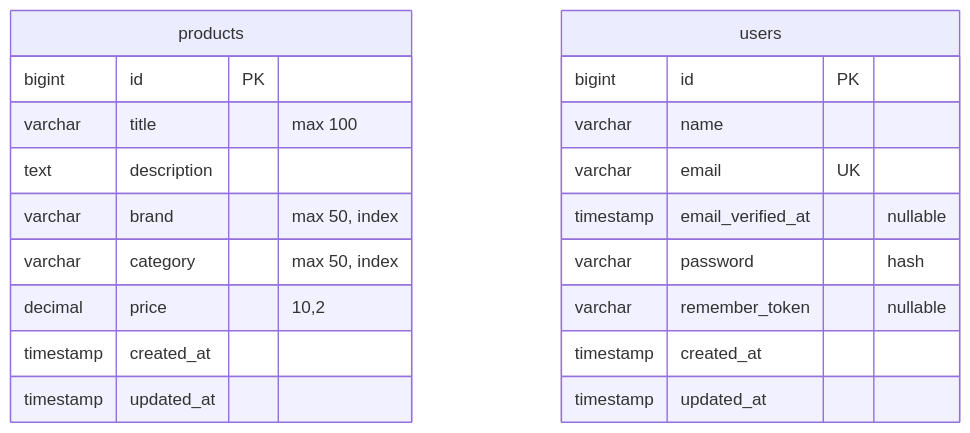
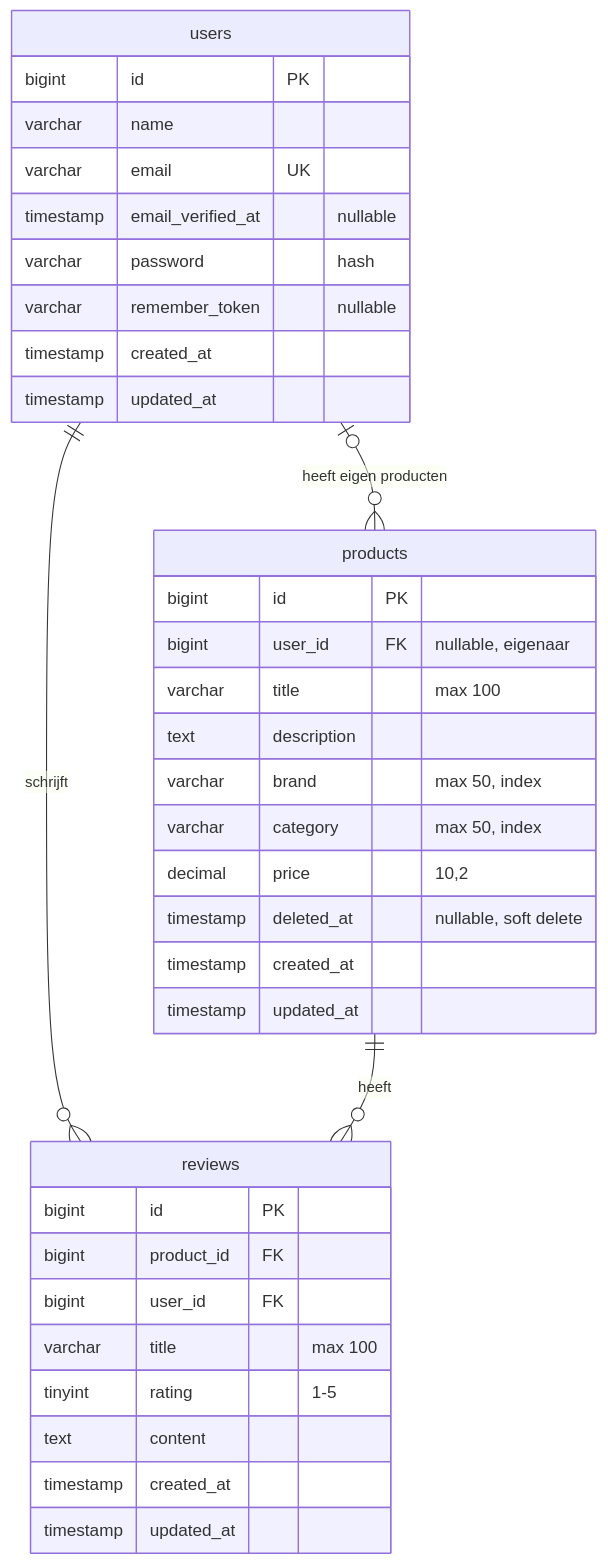
Before and after one commit to TrevinoRizkySunarja/PRG5V2: the diagram in README.md, drawn with Mermaid. The commit also changed other lines of this file and 19 other files, not shown here.

````diff
--- a/README.md
+++ b/README.md
@@ -91,23 +102,38 @@
 ```mermaid
 erDiagram
     products {
         bigint id PK
+        bigint user_id FK "nullable, eigenaar"
         varchar title "max 100"
         text description
         varchar brand "max 50, index"
         varchar category "max 50, index"
         decimal price "10,2"
+        timestamp deleted_at "nullable, soft delete"
+        timestamp created_at
+        timestamp updated_at
+    }
+    reviews {
+        bigint id PK
+        bigint product_id FK
+        bigint user_id FK
+        varchar title "max 100"
+        tinyint rating "1-5"
+        text content
         timestamp created_at
         timestamp updated_at
     }
     users {
         bigint id PK
         varchar name
         varchar email UK
         timestamp email_verified_at "nullable"
         varchar password "hash"
         varchar remember_token "nullable"
         timestamp created_at
         timestamp updated_at
     }
+    users o|--o{ products : "heeft eigen producten"
+    users ||--o{ reviews : "schrijft"
+    products ||--o{ reviews : "heeft"
 ```
````
